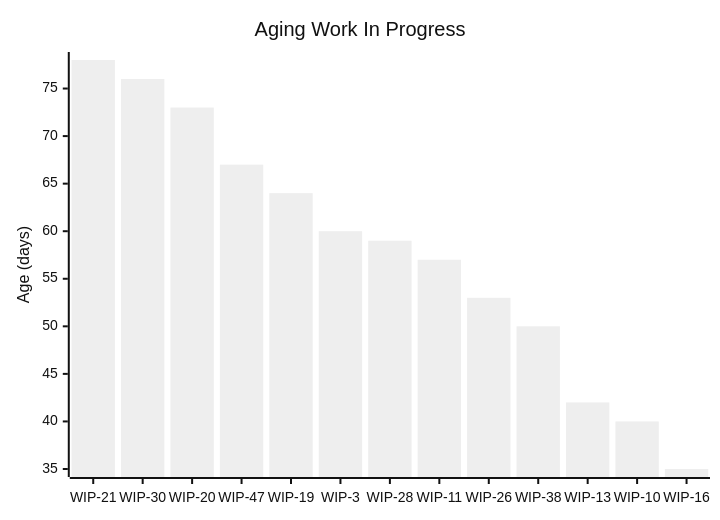
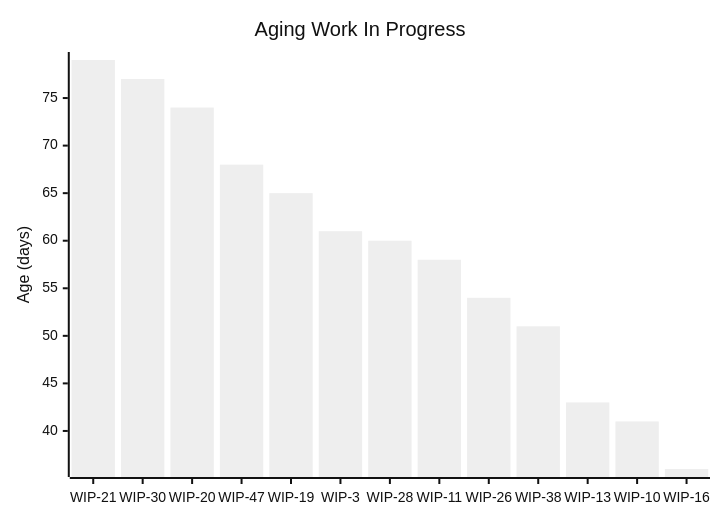
One commit to cbroult/predictability-engine changed the first of 5 diagrams in data/samples/reports/sample_data_large/types/Task.md. Above: the diagram before and after it, drawn with Mermaid (neutral theme). The commit also changed other lines of this file and 74 other files, not shown here.

````diff
--- a/data/samples/reports/sample_data_large/types/Task.md
+++ b/data/samples/reports/sample_data_large/types/Task.md
@@ -30,7 +30,7 @@
 ```mermaid
 xychart-beta
     title "Aging Work In Progress"
     x-axis ["WIP-21", "WIP-30", "WIP-20", "WIP-47", "WIP-19", "WIP-3", "WIP-28", "WIP-11", "WIP-26", "WIP-38", "WIP-13", "WIP-10", "WIP-16"]
     y-axis "Age (days)"
-    bar "Age" [78, 76, 73, 67, 64, 60, 59, 57, 53, 50, 42, 40, 35]
+    bar "Age" [79, 77, 74, 68, 65, 61, 60, 58, 54, 51, 43, 41, 36]
 ```
````
